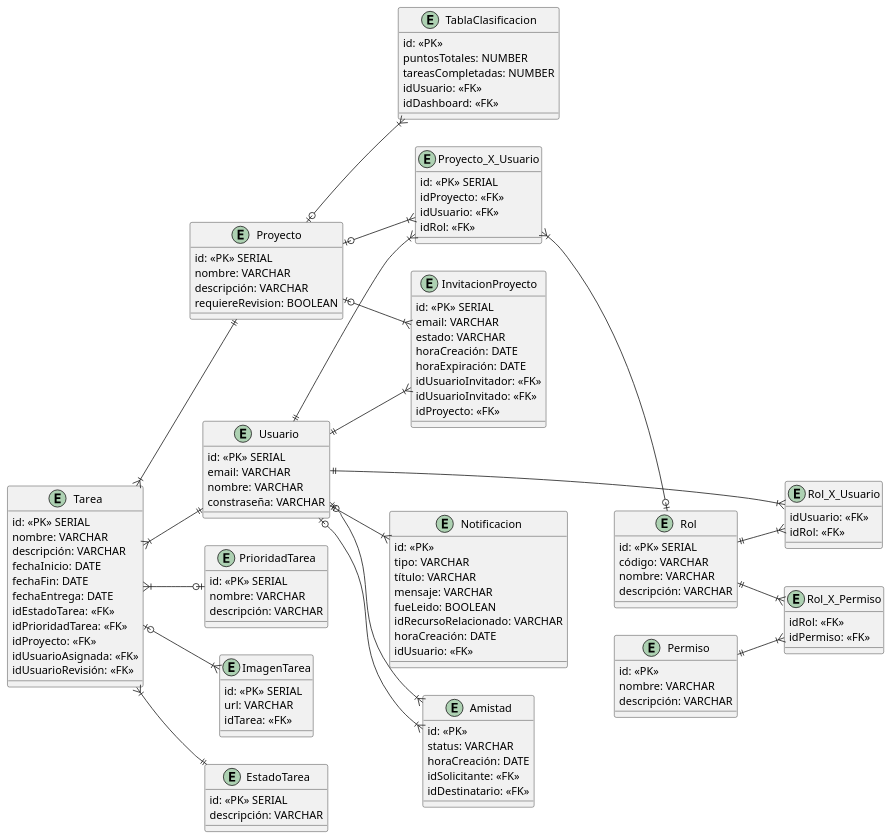
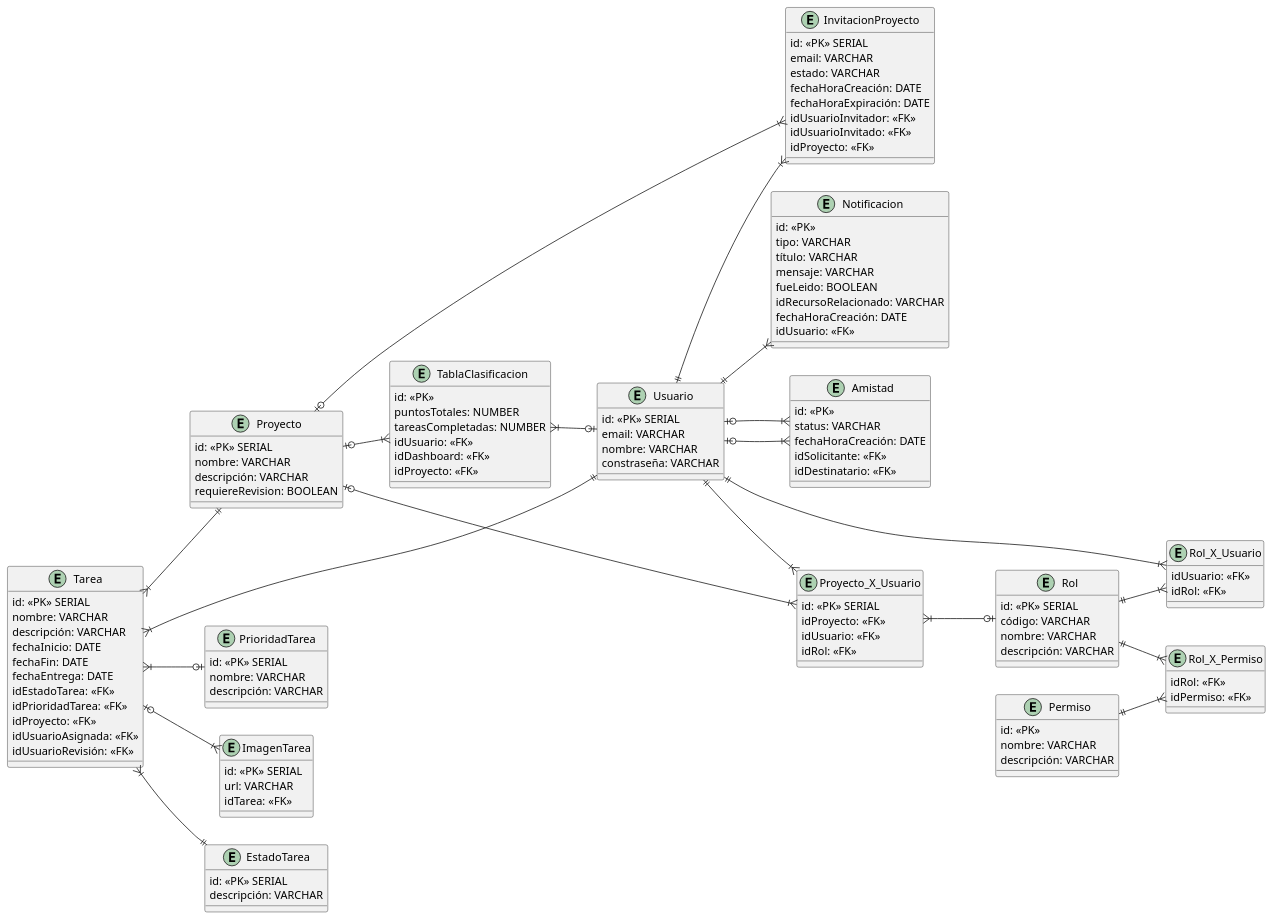
Before and after one commit to ciggyx/Task_Flow: the diagram in Modelado/DiagramaER.plantuml, drawn with PlantUML. The commit also changed 2 other files, not shown here.

```diff
--- a/Modelado/DiagramaER.plantuml
+++ b/Modelado/DiagramaER.plantuml
@@ -1,143 +1,145 @@
 @startuml Diagrama Entidad Relacion
 left to right direction
 
 entity Tarea{
     id: <<PK>> SERIAL
     nombre: VARCHAR
     descripción: VARCHAR
     fechaInicio: DATE
     fechaFin: DATE
     fechaEntrega: DATE
     idEstadoTarea: <<FK>>
     idPrioridadTarea: <<FK>>
     idProyecto: <<FK>>
     idUsuarioAsignada: <<FK>>
     idUsuarioRevisión: <<FK>>
 }
 
 entity Proyecto{
     id: <<PK>> SERIAL
     nombre: VARCHAR
     descripción: VARCHAR
     requiereRevision: BOOLEAN
 }
 
 entity TablaClasificacion{
     id: <<PK>>
     puntosTotales: NUMBER
     tareasCompletadas: NUMBER
     idUsuario: <<FK>>
     idDashboard: <<FK>>
+    idProyecto: <<FK>>
 }
 
 entity InvitacionProyecto{
     id: <<PK>> SERIAL
     email: VARCHAR
     estado: VARCHAR
-    horaCreación: DATE
-    horaExpiración: DATE
+    fechaHoraCreación: DATE
+    fechaHoraExpiración: DATE
     idUsuarioInvitador: <<FK>>
     idUsuarioInvitado: <<FK>>
     idProyecto: <<FK>>
 }
 
 
 entity PrioridadTarea{
     id: <<PK>> SERIAL
     nombre: VARCHAR
     descripción: VARCHAR
 }
 
 entity ImagenTarea{
     id: <<PK>> SERIAL
     url: VARCHAR
     idTarea: <<FK>>
 }
 
 entity Usuario{
     id: <<PK>> SERIAL
     email: VARCHAR
     nombre: VARCHAR
     constraseña: VARCHAR
 }
 
 entity Rol_X_Usuario{
     idUsuario: <<FK>>
     idRol: <<FK>>
 }
 
 entity EstadoTarea{
     id: <<PK>> SERIAL
     descripción: VARCHAR
 }
 
 entity Proyecto_X_Usuario{
     id: <<PK>> SERIAL
     idProyecto: <<FK>>
     idUsuario: <<FK>>
     idRol: <<FK>>
 }
 
 entity Rol{
     id: <<PK>> SERIAL
     código: VARCHAR
     nombre: VARCHAR
     descripción: VARCHAR
 }
 
 entity Permiso{
     id: <<PK>>
     nombre: VARCHAR
     descripción: VARCHAR
 }
 
 entity Rol_X_Permiso{
     idRol: <<FK>>
     idPermiso: <<FK>>
 }
 
 entity Notificacion{
     id: <<PK>>
     tipo: VARCHAR
     título: VARCHAR
     mensaje: VARCHAR
     fueLeido: BOOLEAN
     idRecursoRelacionado: VARCHAR
-    horaCreación: DATE
+    fechaHoraCreación: DATE
     idUsuario: <<FK>>
 }
 
 entity Amistad{
     id: <<PK>>
     status: VARCHAR
-    horaCreación: DATE
+    fechaHoraCreación: DATE
     idSolicitante: <<FK>>
     idDestinatario: <<FK>>
 }
 
 Proyecto |o--|{ Proyecto_X_Usuario
 Proyecto |o--|{ InvitacionProyecto
 Proyecto |o--|{ TablaClasificacion
 
 Usuario ||--|{ Proyecto_X_Usuario
 Usuario ||--|{ InvitacionProyecto
 Usuario ||--|{ Notificacion
 Usuario |o--|{ Amistad
 Usuario |o--|{ Amistad
 
 Proyecto_X_Usuario }|--o| Rol
 
 Rol ||--|{ Rol_X_Usuario
 Usuario ||--|{ Rol_X_Usuario
 
 Rol ||--|{ Rol_X_Permiso
 Permiso ||--|{ Rol_X_Permiso
 
 Tarea }|--|| Proyecto
 Tarea }|--|| EstadoTarea
 Tarea }|--o| PrioridadTarea
 Tarea }|--|| Usuario
 Tarea |o--|{ ImagenTarea
 
+TablaClasificacion }|--o| Usuario
 
 @enduml
```
